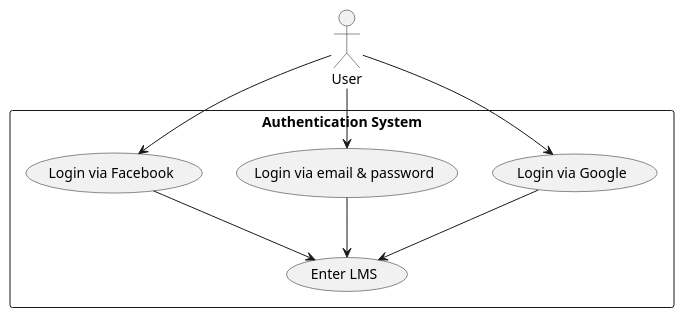
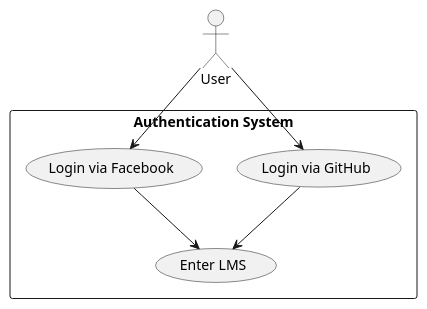
Before and after one commit to MaximeSchuybroeck/ARQSOFT_August: the diagram in Docs/Architecture_files/Phase_1/diagrams/OAuthLoginFlow/UseCaseDiagram.puml, drawn with PlantUML. The commit also changed 18 other files, not shown here.

Commit message:
Updated software-architecture files for both phases. PHASE 1: added UML-diagram description .md documents, added design-alternatives.md file, updated OAuthLoginFlow UML-diagrams with the current logic, added access instructions. PHASE 2: added access instructions

```diff
--- a/Docs/Architecture_files/Phase_1/diagrams/OAuthLoginFlow/UseCaseDiagram.puml
+++ b/Docs/Architecture_files/Phase_1/diagrams/OAuthLoginFlow/UseCaseDiagram.puml
@@ -1,18 +1,15 @@
 @startuml
 actor User
 
 rectangle "Authentication System" {
-  usecase "Login via Google" as UC1
-  usecase "Login via email & password" as UC7
+  usecase "Login via GitHub" as UC1
   usecase "Login via Facebook" as UC2
   usecase "Enter LMS" as UC3
 
 }
 
 User --> UC1
 User --> UC2
-User --> UC7
-UC7 --> UC3
 UC1 --> UC3
 UC2 --> UC3
 @enduml
```
